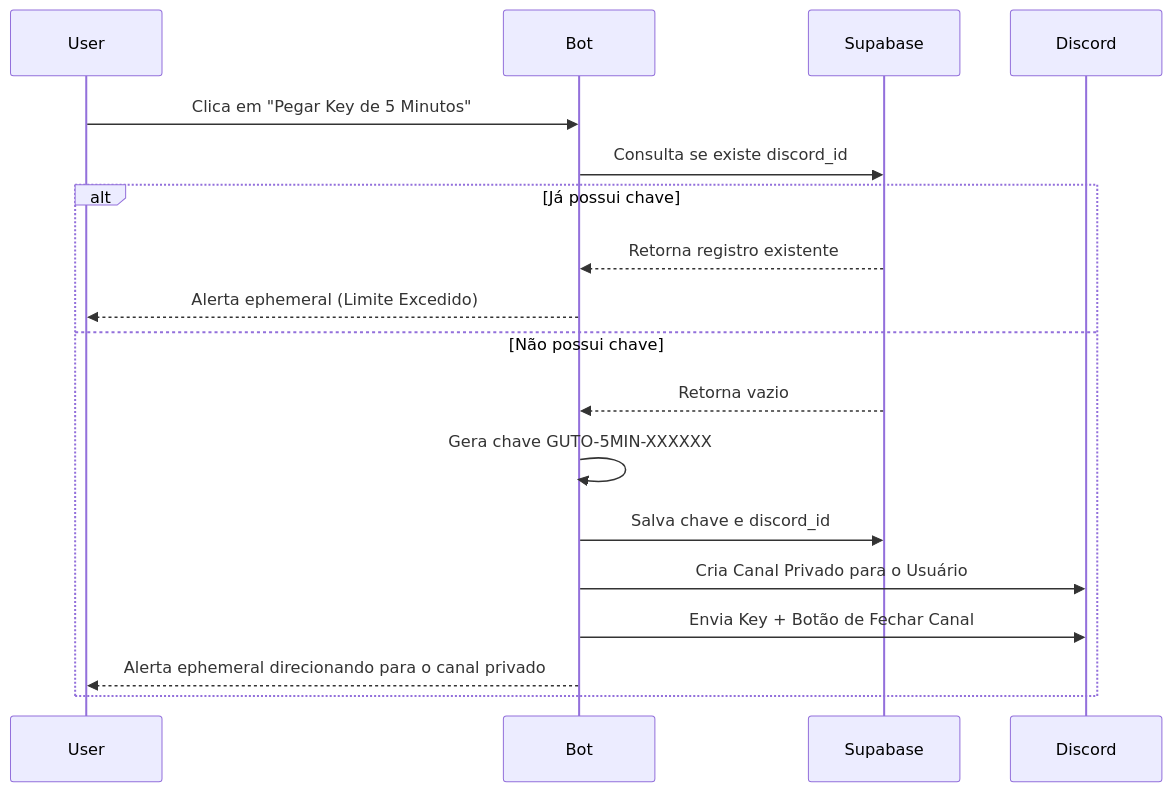
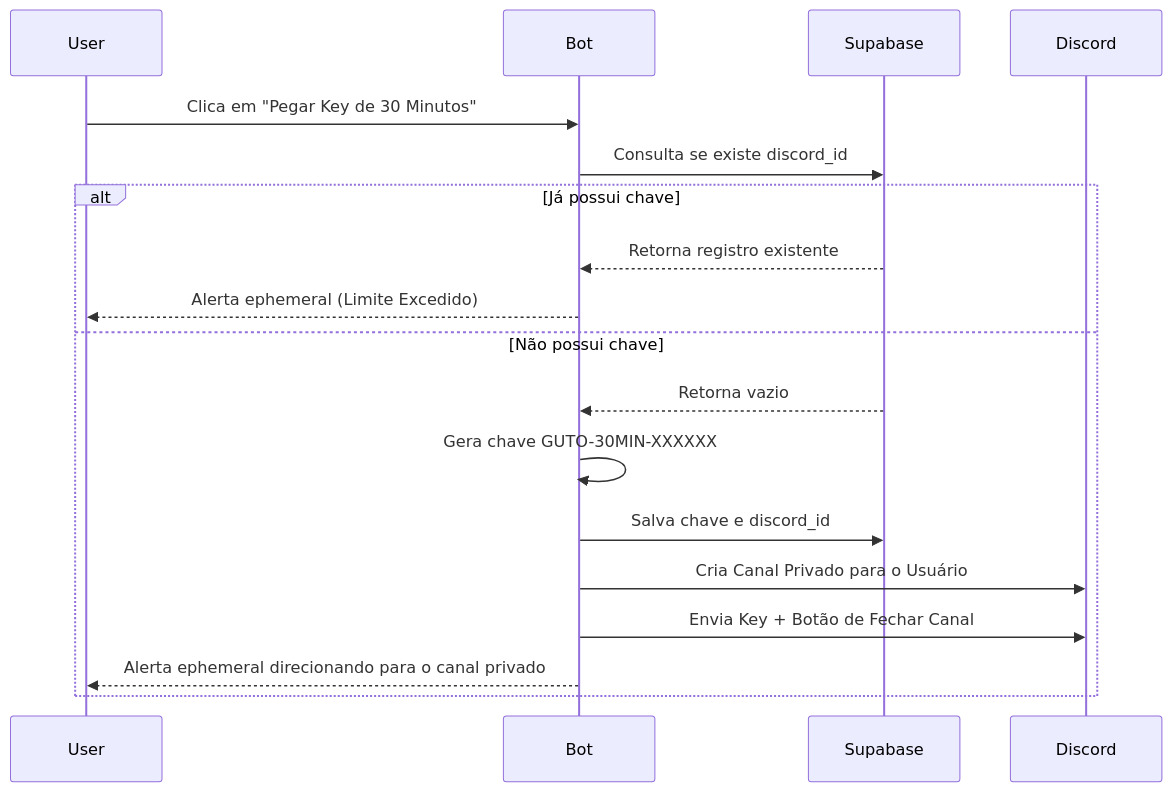
One commit to gusmcoelho/botdiscordGUTO changed the diagram in README.md. Above: the diagram before and after it, drawn with Mermaid. The commit also changed other lines of this file and 2 other files, not shown here.

Commit message:
feat: update trial duration to 30 min and fix shop currency

````diff
--- a/README.md
+++ b/README.md
@@ -116,16 +116,16 @@
 ```mermaid
 sequenceDiagram
-    User->>Bot: Clica em "Pegar Key de 5 Minutos"
+    User->>Bot: Clica em "Pegar Key de 30 Minutos"
     Bot->>Supabase: Consulta se existe discord_id
     alt Já possui chave
         Supabase-->>Bot: Retorna registro existente
         Bot-->>User: Alerta ephemeral (Limite Excedido)
     else Não possui chave
         Supabase-->>Bot: Retorna vazio
-        Bot->>Bot: Gera chave GUTO-5MIN-XXXXXX
+        Bot->>Bot: Gera chave GUTO-30MIN-XXXXXX
         Bot->>Supabase: Salva chave e discord_id
         Bot->>Discord: Cria Canal Privado para o Usuário
         Bot->>Discord: Envia Key + Botão de Fechar Canal
         Bot-->>User: Alerta ephemeral direcionando para o canal privado
     end
 ```
````
